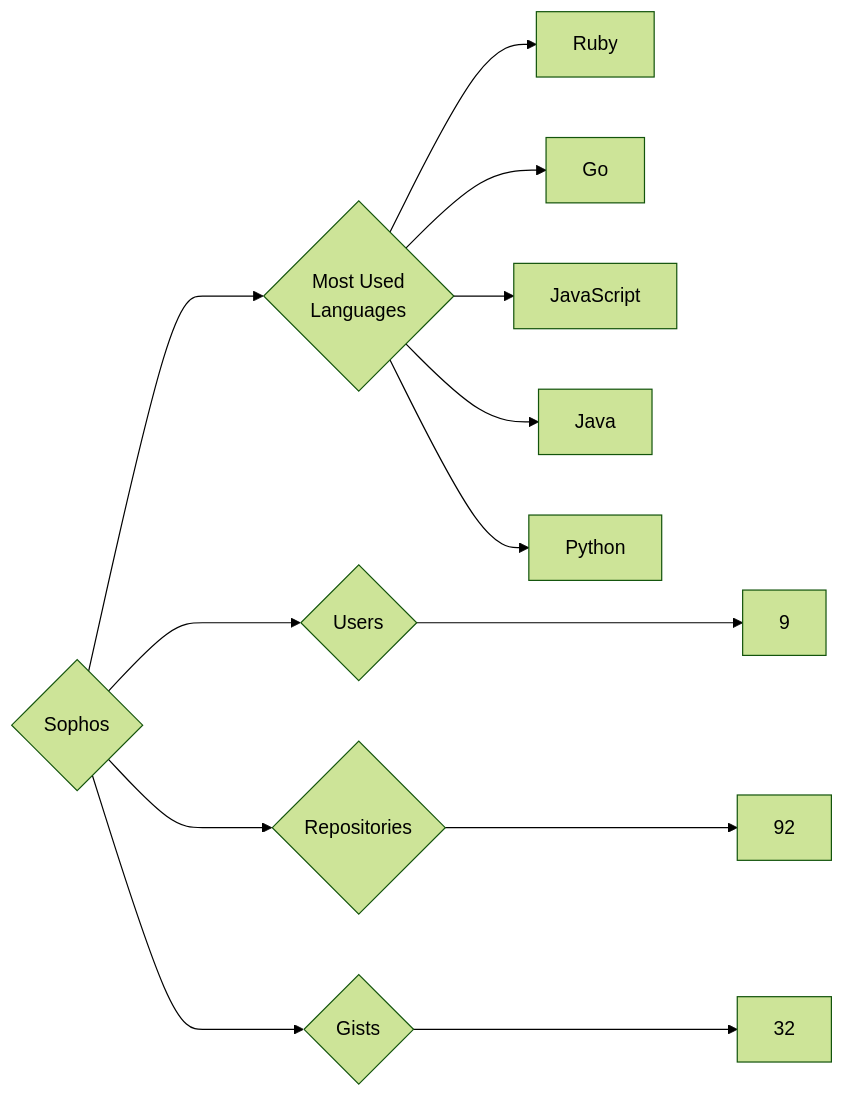
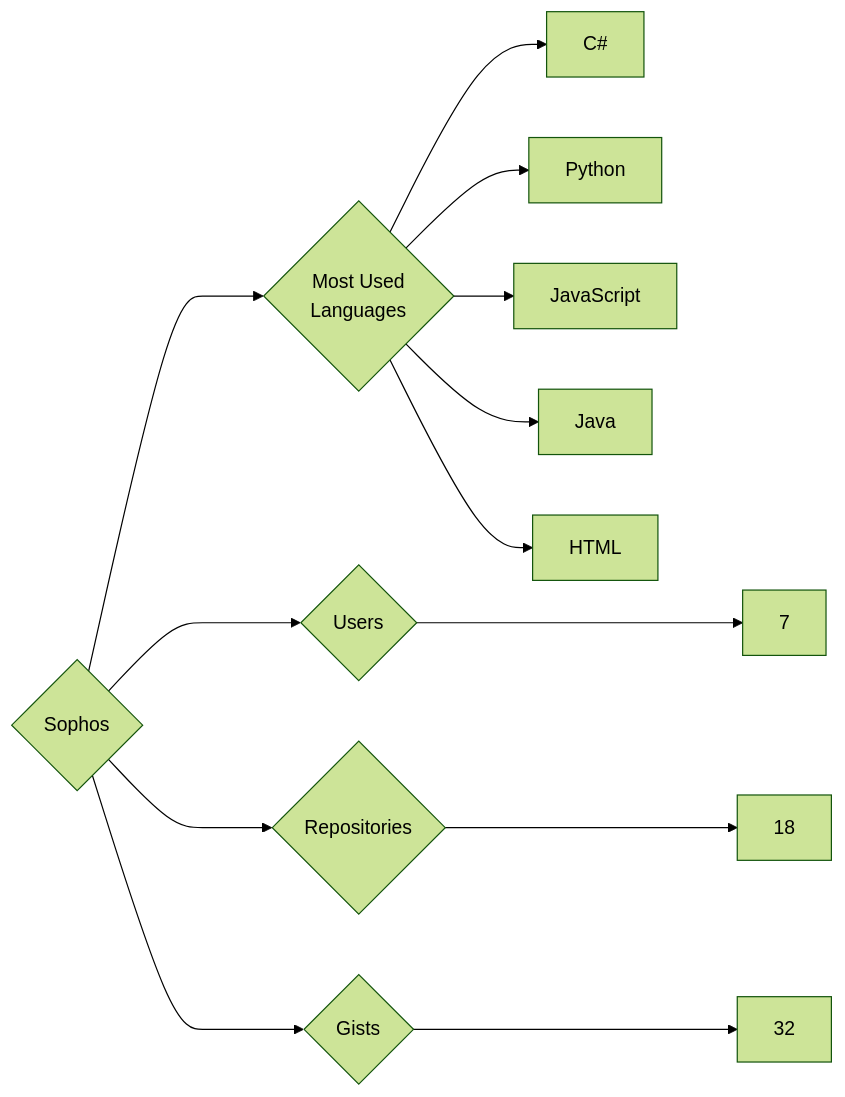
Before and after one commit to trickest/insiders: the diagram in targets/Sophos/README.md, drawn with Mermaid (forest theme). The commit also changed 1496 other files, not shown here.

````diff
--- a/targets/Sophos/README.md
+++ b/targets/Sophos/README.md
@@ -3,13 +3,13 @@
 ```mermaid
 graph LR
 COMPANY_NAME{Sophos}
-COMPANY_NAME ---> U{Users} ---> UN[9]
-COMPANY_NAME ---> R{Repositories} ---> RN[92]
+COMPANY_NAME ---> U{Users} ---> UN[7]
+COMPANY_NAME ---> R{Repositories} ---> RN[18]
 COMPANY_NAME ---> G{Gists} ---> GN[32]
 COMPANY_NAME ---> ML{Most Used<br>Languages}
-ML --> Ruby[Ruby]
-ML --> Go[Go]
+ML --> C#[C#]
+ML --> Python[Python]
 ML --> JavaScript[JavaScript]
 ML --> Java[Java]
-ML --> Python[Python]
+ML --> HTML[HTML]
 ```
````
